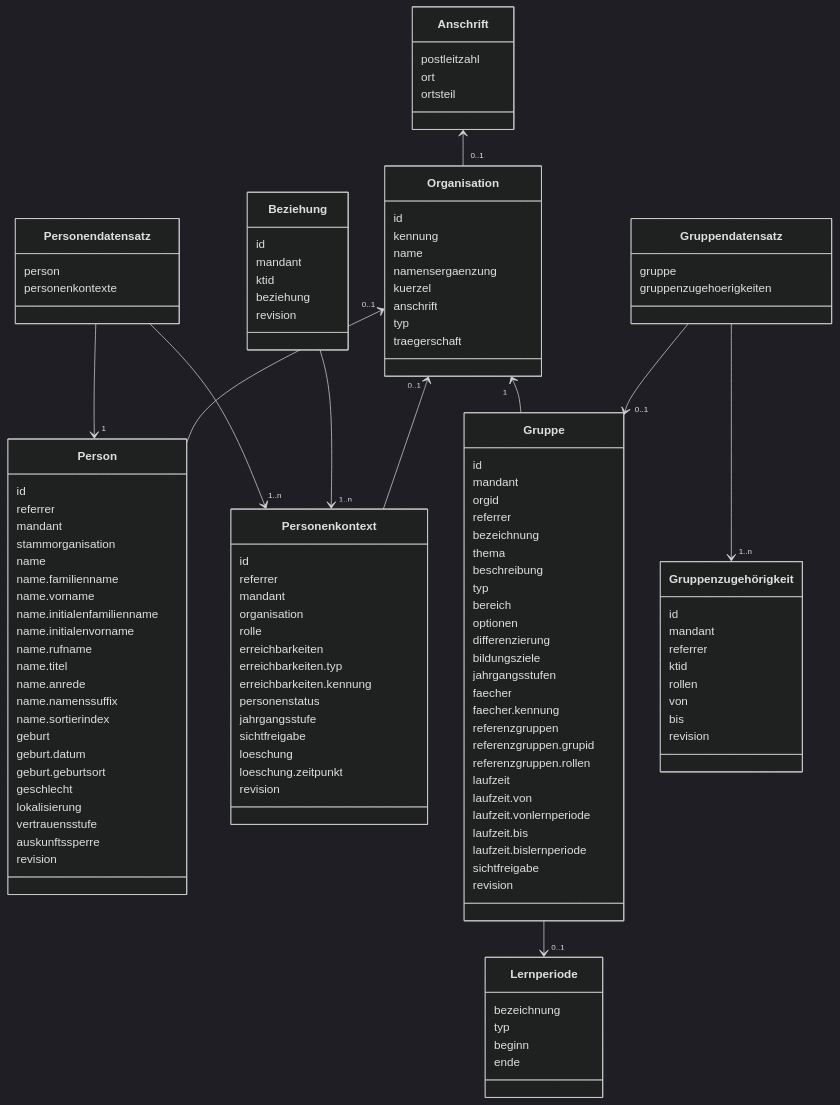
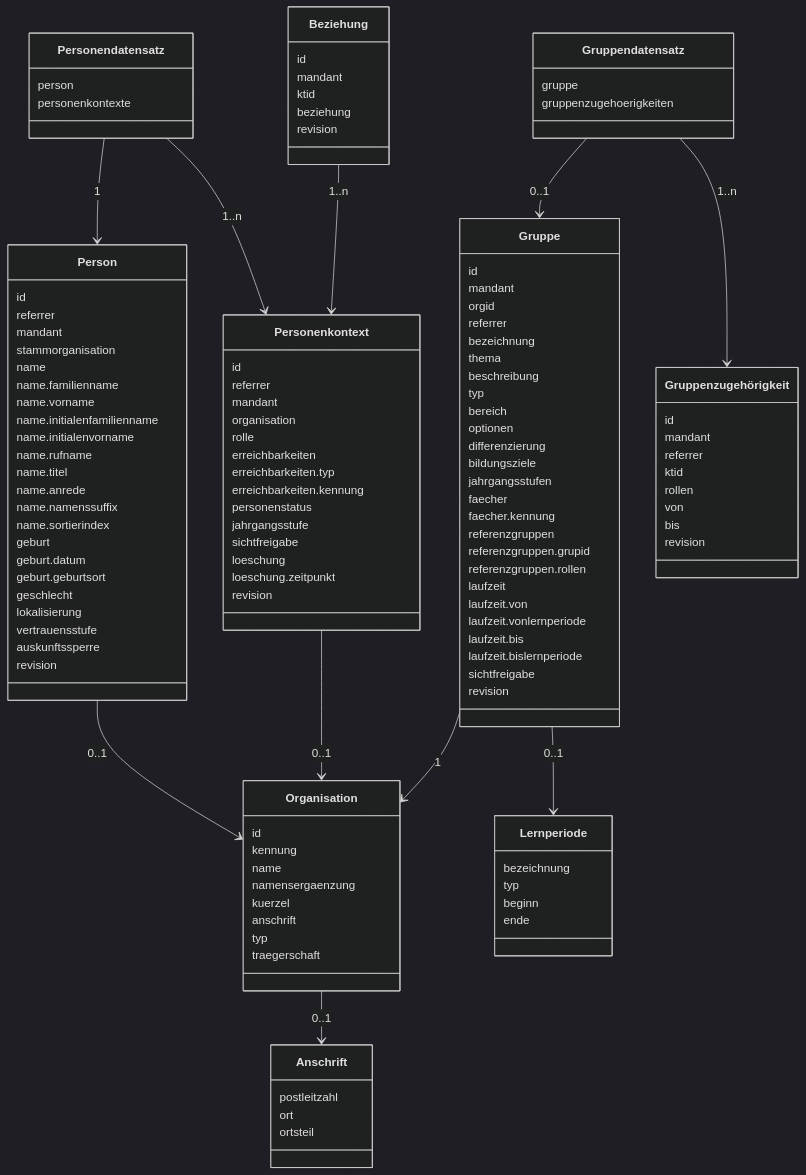
Before and after one commit to Schulconnex/Schulconnex: the diagram in docs/datenmodell/datenmodell.md, drawn with Mermaid (dark theme).

Commit message:
Nutze lesbarere Pfeilbeschr im Diagramm

````diff
--- a/docs/datenmodell/datenmodell.md
+++ b/docs/datenmodell/datenmodell.md
@@ -12,15 +12,15 @@
 ```mermaid
 classDiagram
-  Personendatensatz --> "1" Person
-  Personendatensatz --> "1..n" Personenkontext
-  Beziehung --> "1..n" Personenkontext
-  Organisation "0..1" <-- Person
-  Organisation "0..1" <-- Personenkontext
-  Anschrift <-- "0..1" Organisation
-  Organisation "1" <-- Gruppe
-  Gruppendatensatz --> "0..1" Gruppe
-  Gruppendatensatz --> "1..n" Gruppenzugehörigkeit
-  Gruppe --> "0..1" Lernperiode
+  Personendatensatz --> Person : 1
+  Personendatensatz --> Personenkontext : 1..n
+  Beziehung --> Personenkontext : 1..n
+  Person --> Organisation : 0..1
+  Personenkontext --> Organisation : 0..1
+  Organisation --> Anschrift : 0..1
+  Gruppe --> Organisation : 1
+  Gruppendatensatz --> Gruppe : 0..1
+  Gruppendatensatz --> Gruppenzugehörigkeit : 1..n
+  Gruppe --> Lernperiode : 0..1
   class Personendatensatz {
     person
     personenkontexte
````
